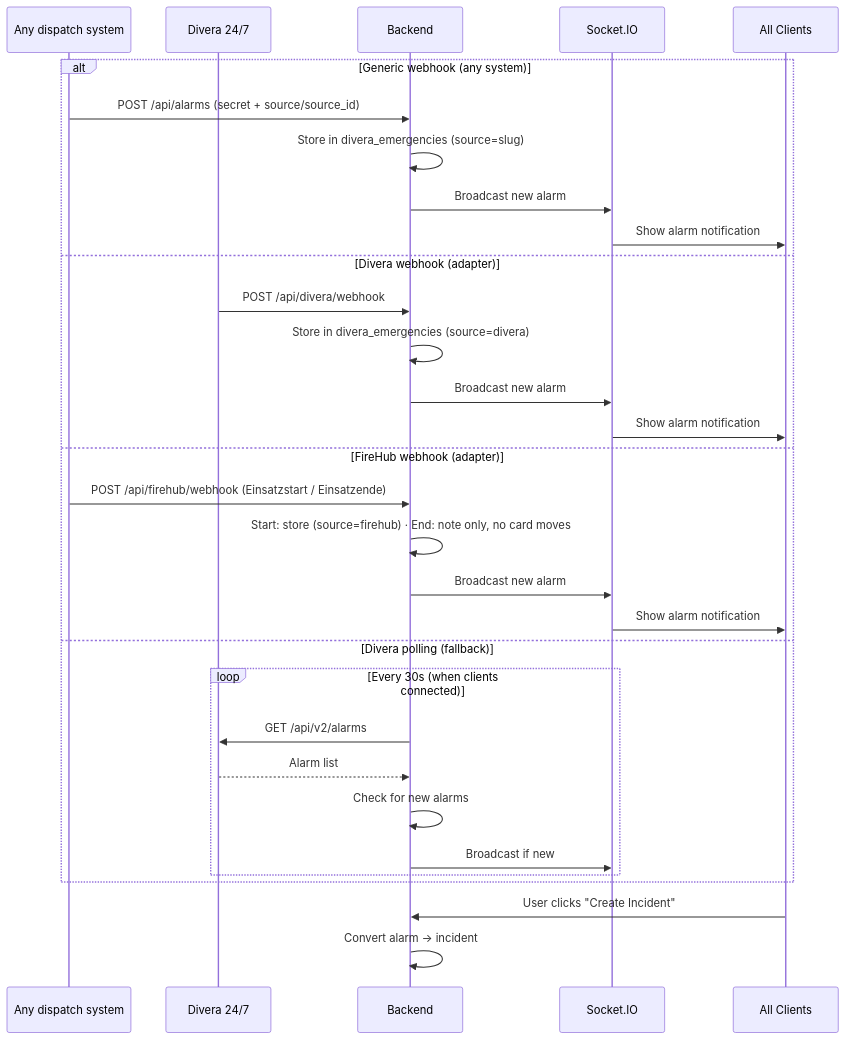
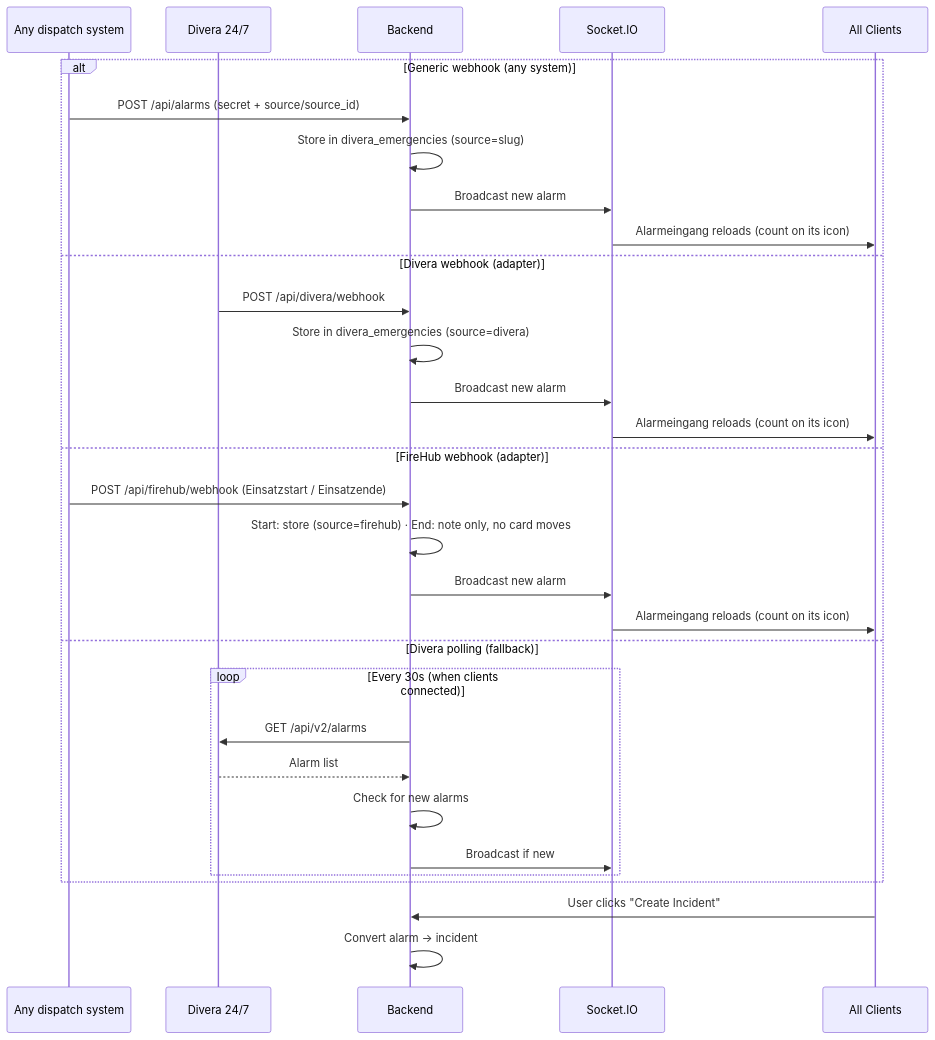
Before and after one commit to feuerwehr-oberwil/kp-rueck: the eighth of 10 diagrams in docs/ARCHITECTURE.md, drawn with Mermaid. The commit also changed other lines of this file and 5 other files, not shown here.

First line of the commit message:
docs: Alarmeingang, Routenplanung timeline, menu labels, changelog for the UI rounds

````diff
--- a/docs/ARCHITECTURE.md
+++ b/docs/ARCHITECTURE.md
@@ -416,35 +423,35 @@
 ```mermaid
 sequenceDiagram
     participant X as Any dispatch system
     participant D as Divera 24/7
     participant B as Backend
     participant WS as Socket.IO
     participant C as All Clients
 
     alt Generic webhook (any system)
         X->>B: POST /api/alarms (secret + source/source_id)
         B->>B: Store in divera_emergencies (source=slug)
         B->>WS: Broadcast new alarm
-        WS->>C: Show alarm notification
+        WS->>C: Alarmeingang reloads (count on its icon)
     else Divera webhook (adapter)
         D->>B: POST /api/divera/webhook
         B->>B: Store in divera_emergencies (source=divera)
         B->>WS: Broadcast new alarm
-        WS->>C: Show alarm notification
+        WS->>C: Alarmeingang reloads (count on its icon)
     else FireHub webhook (adapter)
         X->>B: POST /api/firehub/webhook (Einsatzstart / Einsatzende)
         B->>B: Start: store (source=firehub) · End: note only, no card moves
         B->>WS: Broadcast new alarm
-        WS->>C: Show alarm notification
+        WS->>C: Alarmeingang reloads (count on its icon)
     else Divera polling (fallback)
         loop Every 30s (when clients connected)
             B->>D: GET /api/v2/alarms
             D-->>B: Alarm list
             B->>B: Check for new alarms
             B->>WS: Broadcast if new
         end
     end
 
     C->>B: User clicks "Create Incident"
     B->>B: Convert alarm → incident
 ```
````
